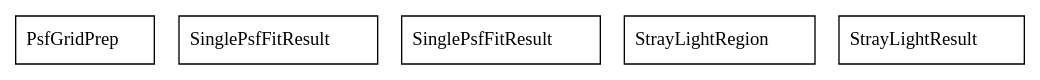
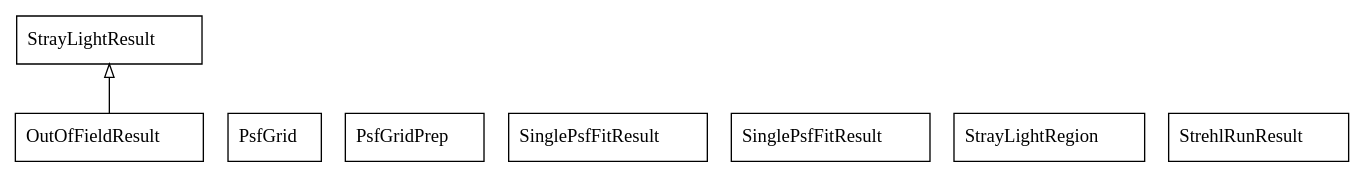
One commit to mwanakijiji/metis_work changed the diagram in docs/uml/classes.dot. Above: the diagram before and after it, drawn with Graphviz. The commit also changed 13 other files, not shown here.

```diff
--- a/docs/uml/classes.dot
+++ b/docs/uml/classes.dot
@@ -1,9 +1,13 @@
 digraph "classes_METIS_MAIT" {
 rankdir=BT
 charset="utf-8"
+"modules.backbone_img_06_out_of_field.OutOfFieldResult" [color="black", fontcolor="black", label=<OutOfFieldResult>, shape="record", style="solid"];
+"modules.backbone_img_03_psf_quality.PsfGrid" [color="black", fontcolor="black", label=<PsfGrid>, shape="record", style="solid"];
 "modules.psf_grid_prep.PsfGridPrep" [color="black", fontcolor="black", label=<PsfGridPrep>, shape="record", style="solid"];
 "modules.backbone_img_03_psf_quality.SinglePsfFitResult" [color="black", fontcolor="black", label=<SinglePsfFitResult>, shape="record", style="solid"];
 "modules.backbone_img_02.SinglePsfFitResult" [color="black", fontcolor="black", label=<SinglePsfFitResult>, shape="record", style="solid"];
-"modules.backbone_img_04_stray_light.StrayLightRegion" [color="black", fontcolor="black", label=<StrayLightRegion>, shape="record", style="solid"];
-"modules.backbone_img_04_stray_light.StrayLightResult" [color="black", fontcolor="black", label=<StrayLightResult>, shape="record", style="solid"];
+"modules.stray_light_common.StrayLightRegion" [color="black", fontcolor="black", label=<StrayLightRegion>, shape="record", style="solid"];
+"modules.stray_light_common.StrayLightResult" [color="black", fontcolor="black", label=<StrayLightResult>, shape="record", style="solid"];
+"modules.backbone_img_03_psf_quality.StrehlRunResult" [color="black", fontcolor="black", label=<StrehlRunResult>, shape="record", style="solid"];
+"modules.backbone_img_06_out_of_field.OutOfFieldResult" -> "modules.stray_light_common.StrayLightResult" [arrowhead="empty", arrowtail="none"];
 }
```
